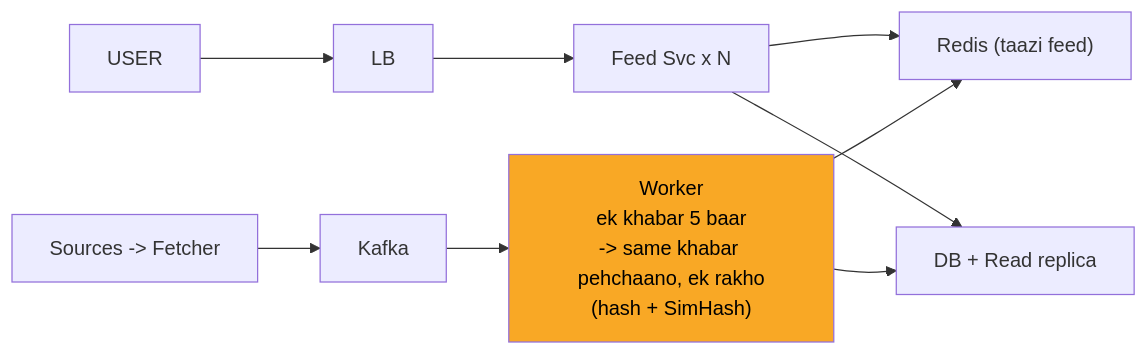
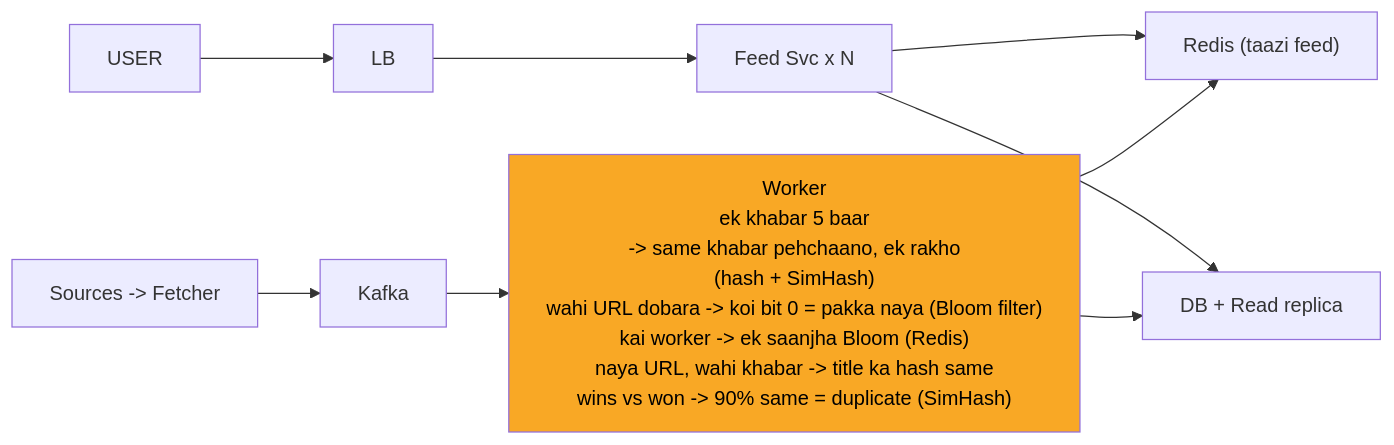
One commit to ArpanMaheshwari144/Prep changed the fifth of 11 diagrams in 04_HLD/SYSTEM_DESIGNS/08_news_aggregator/08_news_aggregator_INTERVIEW.md. Above: the diagram before and after it, drawn with Mermaid. The commit also changed other lines of this file and 12 other files, not shown here.

Commit message:
hld 02-14: peele dabbe me SAFAR ke mod + diagram chauda (wrappingWidth 450)

````diff
--- a/04_HLD/SYSTEM_DESIGNS/08_news_aggregator/08_news_aggregator_INTERVIEW.md
+++ b/04_HLD/SYSTEM_DESIGNS/08_news_aggregator/08_news_aggregator_INTERVIEW.md
@@ -190,20 +194,21 @@
 ```mermaid
+%%{init: {"flowchart": {"wrappingWidth": 450}}}%%
 flowchart LR
     n_USER["USER"]
     n_LB["LB"]
     n_Feed_Svc_xN["Feed Svc x N"]
     n_Redis["Redis (taazi feed)"]
     n_DBR["DB + Read replica"]
-    n_Worker["Worker<br/>ek khabar 5 baar<br/>-> same khabar pehchaano, ek rakho<br/>(hash + SimHash)"]
+    n_Worker["Worker<br/>ek khabar 5 baar<br/>-> same khabar pehchaano, ek rakho<br/>(hash + SimHash)<br/>wahi URL dobara -> koi bit 0 = pakka naya (Bloom filter)<br/>kai worker -> ek saanjha Bloom (Redis)<br/>naya URL, wahi khabar -> title ka hash same<br/>wins vs won -> 90% same = duplicate (SimHash)"]
     n_Kafka["Kafka"]
     n_SF["Sources -> Fetcher"]
     n_USER --> n_LB
     n_LB --> n_Feed_Svc_xN
     n_Feed_Svc_xN --> n_Redis
     n_Feed_Svc_xN --> n_DBR
     n_Worker --> n_DBR
     n_Worker --> n_Redis
     n_Kafka --> n_Worker
     n_SF --> n_Kafka
     style n_Worker fill:#f9a825,color:#000
 ```
````
